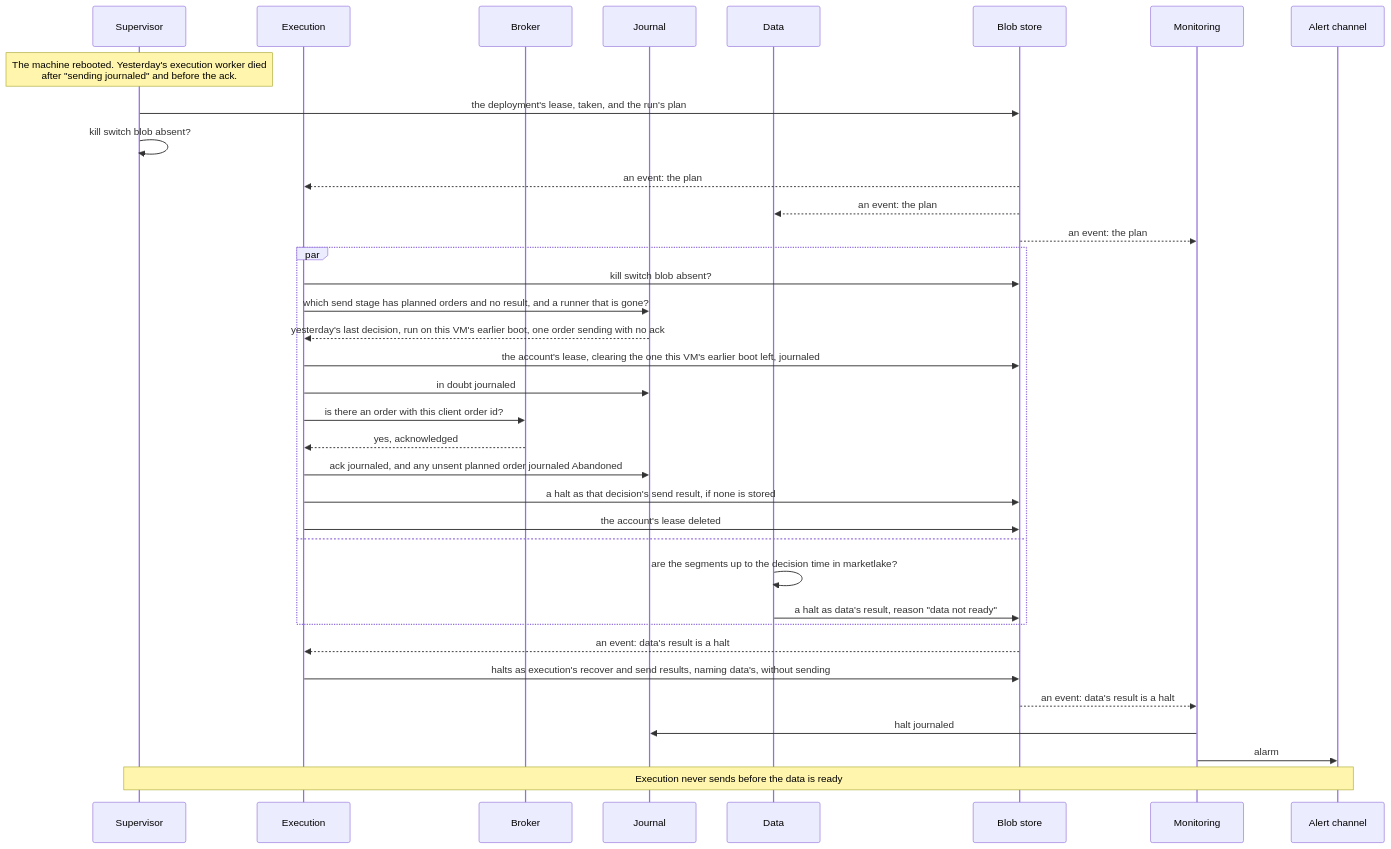
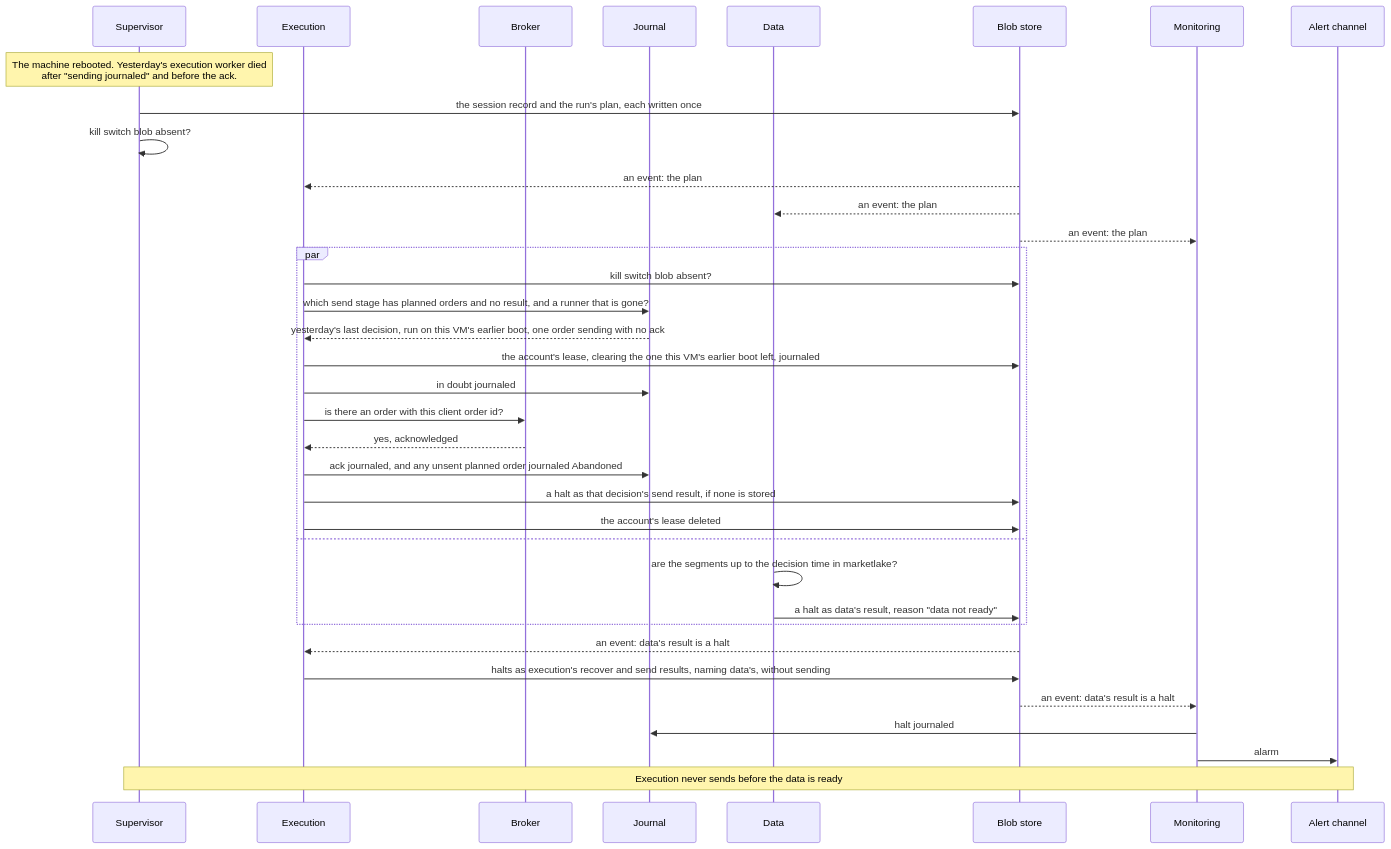
Before and after one commit to l3a0/ithildin-runtime: the sixth of 16 diagrams in docs/architecture.md, drawn with Mermaid. The commit also changed other lines of this file and 1 other file, not shown here.

First line of the commit message:
docs: a session record written once replaces the deployment's lease

````diff
--- a/docs/architecture.md
+++ b/docs/architecture.md
@@ -734,39 +734,39 @@
 ```mermaid
 sequenceDiagram
     participant V as Supervisor
     participant X as Execution
     participant B as Broker
     participant J as Journal
     participant D as Data
     participant F as Blob store
     participant M as Monitoring
     participant L as Alert channel
 
     Note over V: The machine rebooted. Yesterday's execution worker died<br/>after "sending journaled" and before the ack.
-    V->>F: the deployment's lease, taken, and the run's plan
+    V->>F: the session record and the run's plan, each written once
     V->>V: kill switch blob absent?
     F-->>X: an event: the plan
     F-->>D: an event: the plan
     F-->>M: an event: the plan
     par
         X->>F: kill switch blob absent?
         X->>J: which send stage has planned orders and no result, and a runner that is gone?
         J-->>X: yesterday's last decision, run on this VM's earlier boot, one order sending with no ack
         X->>F: the account's lease, clearing the one this VM's earlier boot left, journaled
         X->>J: in doubt journaled
         X->>B: is there an order with this client order id?
         B-->>X: yes, acknowledged
         X->>J: ack journaled, and any unsent planned order journaled Abandoned
         X->>F: a halt as that decision's send result, if none is stored
         X->>F: the account's lease deleted
     and
         D->>D: are the segments up to the decision time in marketlake?
         D->>F: a halt as data's result, reason "data not ready"
     end
     F-->>X: an event: data's result is a halt
     X->>F: halts as execution's recover and send results, naming data's, without sending
     F-->>M: an event: data's result is a halt
     M->>J: halt journaled
     M->>L: alarm
     Note over V,L: Execution never sends before the data is ready
 ```
````
